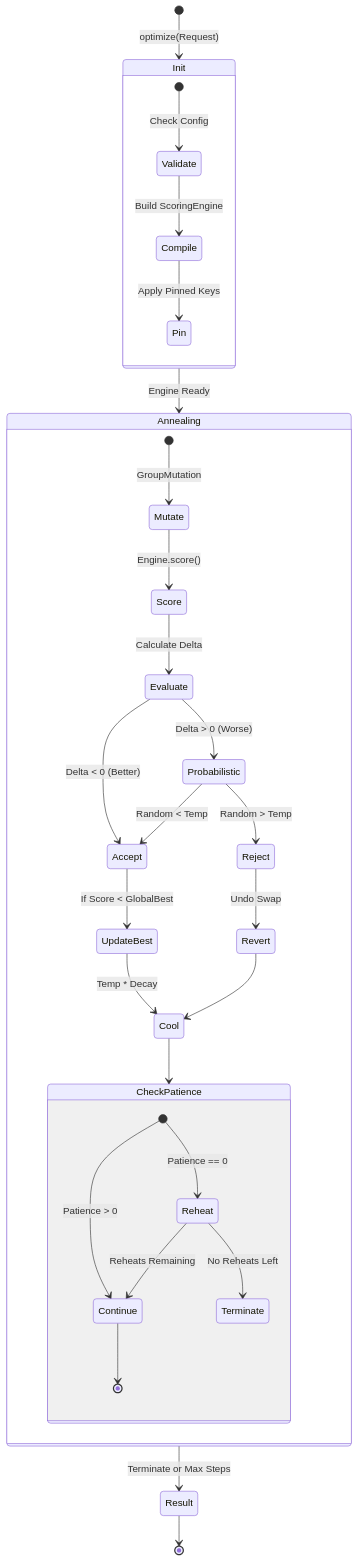
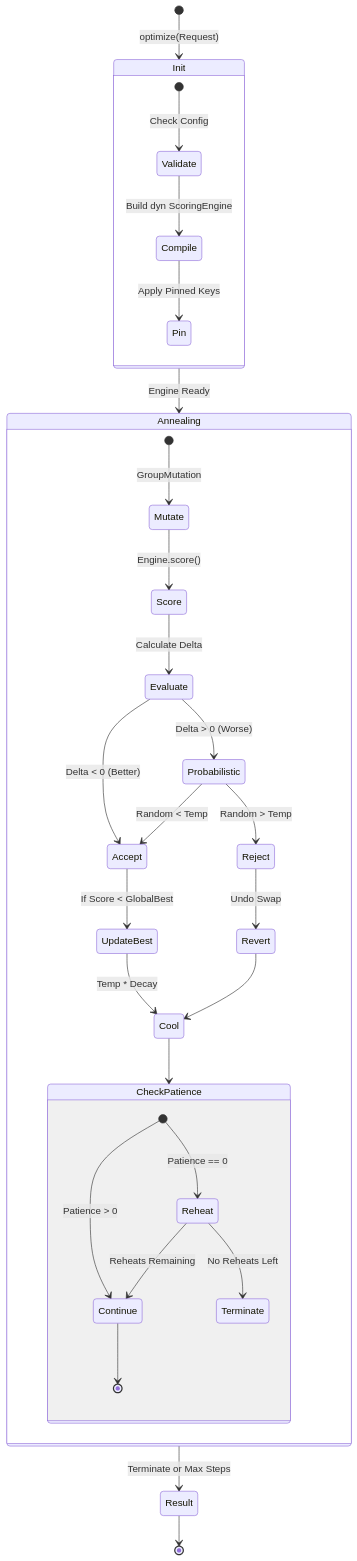
One commit to infodungeon/keyforge changed the first of 2 diagrams in docs/architecture/12_STATE_MODELS.md. Above: the diagram before and after it, drawn with Mermaid. The commit also changed 100 other files, not shown here.

````diff
--- a/docs/architecture/12_STATE_MODELS.md
+++ b/docs/architecture/12_STATE_MODELS.md
@@ -10,44 +10,44 @@
 ```mermaid
 stateDiagram-v2
     [*] --> Init : optimize(Request)
     
     state Init {
         [*] --> Validate : Check Config
-        Validate --> Compile : Build ScoringEngine
+        Validate --> Compile : Build dyn ScoringEngine
         Compile --> Pin : Apply Pinned Keys
     }
 
     Init --> Annealing : Engine Ready
     
     state Annealing {
         [*] --> Mutate : GroupMutation
         Mutate --> Score : Engine.score()
         Score --> Evaluate : Calculate Delta
         
         Evaluate --> Accept : Delta < 0 (Better)
         Evaluate --> Probabilistic : Delta > 0 (Worse)
         
         Probabilistic --> Accept : Random < Temp
         Probabilistic --> Reject : Random > Temp
         
         Accept --> UpdateBest : If Score < GlobalBest
         Reject --> Revert : Undo Swap
         
         UpdateBest --> Cool : Temp * Decay
         Revert --> Cool
         
         Cool --> CheckPatience
         
         state CheckPatience {
             [*] --> Continue : Patience > 0
             Continue --> [*]
             
             [*] --> Reheat : Patience == 0
             Reheat --> Continue : Reheats Remaining
             Reheat --> Terminate : No Reheats Left
         }
     }
     
     Annealing --> Result : Terminate or Max Steps
     Result --> [*]
 ```
````
